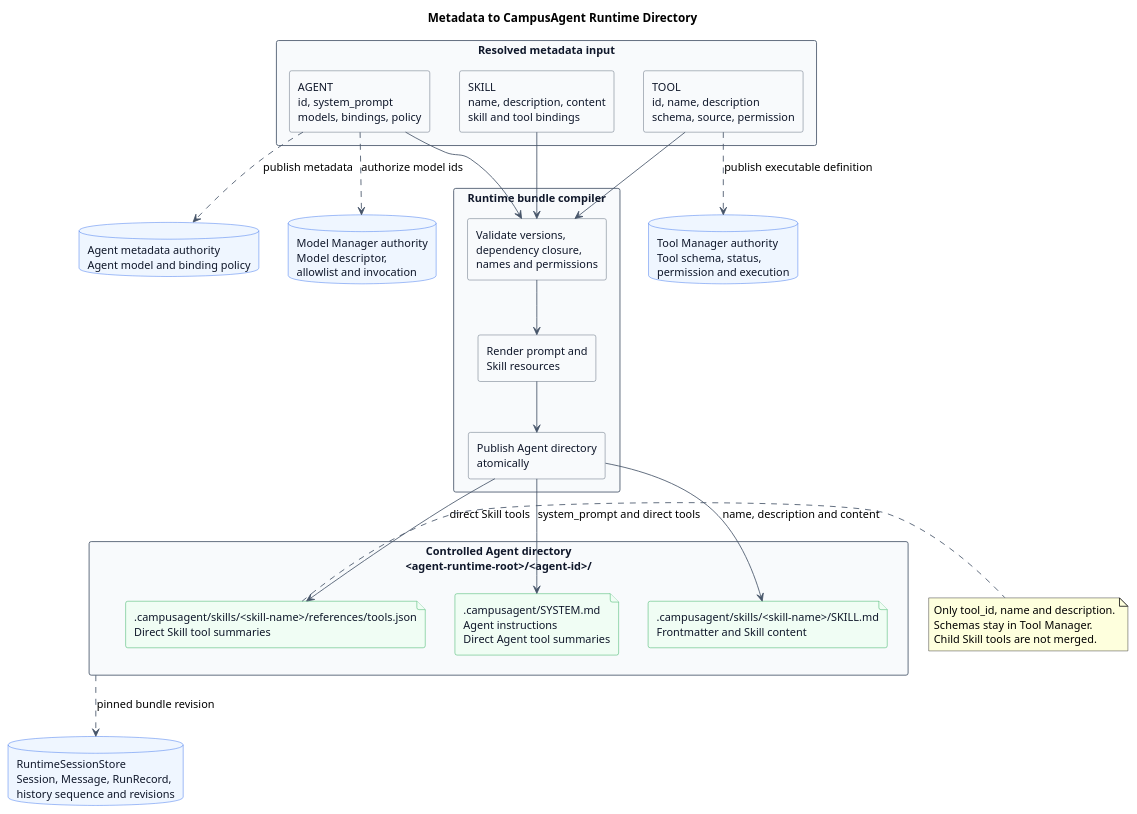
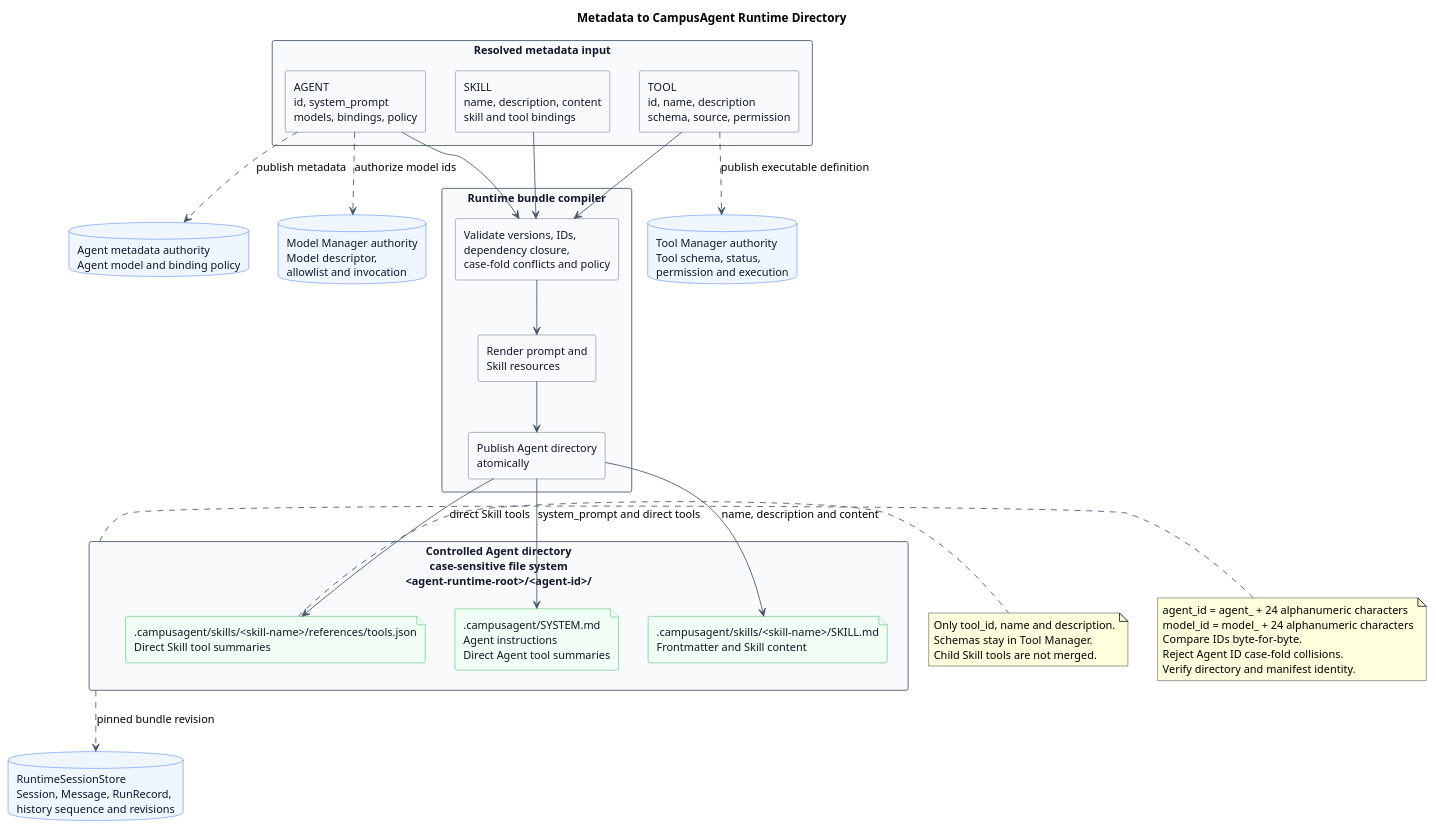
The first of 8 diagrams in pi-mono-java-manager-driven-multi-agent-runtime/diagram.puml (superheromeZzh/pi-mono-java-design), drawn with PlantUML before and after one commit. The commit also changed 17 other files, not shown here.

Commit message:
docs(agent): standardize resource ID contracts

```diff
--- a/pi-mono-java-manager-driven-multi-agent-runtime/diagram.puml
+++ b/pi-mono-java-manager-driven-multi-agent-runtime/diagram.puml
@@ -1,77 +1,87 @@
 @startuml metadata_runtime_directory_mapping
 title Metadata to CampusAgent Runtime Directory
 
 ' Source evidence:
 ' pi-mono packages/coding-agent/src/core/skills.ts: Skill, loadSkillFromFile, formatSkillsForPrompt
 ' pi-mono-java modules/coding-agent-cli/src/main/java/com/campusclaw/codingagent/context/ContextFileLoader.java: loadSystemPrompt
 ' pi-mono-java modules/coding-agent-cli/src/main/java/com/campusclaw/codingagent/session/AgentSession.java: loadSkills
 ' Observed behavior: pi and pi-mono-java discover Skill metadata from SKILL.md frontmatter.
 ' Java divergence: the target compiler materializes only one controlled Agent directory.
 ' Target design: the Managed loader reads .campusagent only; legacy code keeps .campusclaw.
 ' Target design: RuntimeSessionStore persists Session state in a shared database.
+' Target design: Agent and Model IDs use resource prefixes plus 24 alphanumeric characters.
+' Design reason: raw case-sensitive Agent IDs require a case-sensitive root and collision guard.
 ' Design reason: keep Agent-specific disclosure local while Managers remain runtime authorities.
 
 skinparam backgroundColor #FFFFFF
 skinparam shadowing false
 skinparam defaultFontName Arial
 skinparam defaultFontSize 13
 skinparam rectangle {
   BackgroundColor #F8FAFC
   BorderColor #475569
   FontColor #0F172A
 }
 skinparam database {
   BackgroundColor #EFF6FF
   BorderColor #2563EB
   FontColor #0F172A
 }
 skinparam file {
   BackgroundColor #F0FDF4
   BorderColor #16A34A
   FontColor #0F172A
 }
 skinparam ArrowColor #475569
 
 rectangle "Resolved metadata input" as Input {
   rectangle "AGENT\nid, system_prompt\nmodels, bindings, policy" as AgentMetadata
   rectangle "SKILL\nname, description, content\nskill and tool bindings" as SkillMetadata
   rectangle "TOOL\nid, name, description\nschema, source, permission" as ToolMetadata
 }
 
 rectangle "Runtime bundle compiler" as Compiler {
-  rectangle "Validate versions,\ndependency closure,\nnames and permissions" as Validate
+  rectangle "Validate versions, IDs,\ndependency closure,\ncase-fold conflicts and policy" as Validate
   rectangle "Render prompt and\nSkill resources" as Render
   rectangle "Publish Agent directory\natomically" as Publish
 }
 
-rectangle "Controlled Agent directory\n<agent-runtime-root>/<agent-id>/" as AgentDirectory {
+rectangle "Controlled Agent directory\ncase-sensitive file system\n<agent-runtime-root>/<agent-id>/" as AgentDirectory {
   file ".campusagent/SYSTEM.md\nAgent instructions\nDirect Agent tool summaries" as SystemFile
   file ".campusagent/skills/<skill-name>/SKILL.md\nFrontmatter and Skill content" as SkillFile
   file ".campusagent/skills/<skill-name>/references/tools.json\nDirect Skill tool summaries" as SkillToolsFile
 }
 
 database "Agent metadata authority\nAgent model and binding policy" as AgentAuthority
 database "Tool Manager authority\nTool schema, status,\npermission and execution" as ToolManager
 database "Model Manager authority\nModel descriptor,\nallowlist and invocation" as ModelManager
 database "RuntimeSessionStore\nSession, Message, RunRecord,\nhistory sequence and revisions" as SessionStore
 
 AgentMetadata --> Validate
 SkillMetadata --> Validate
 ToolMetadata --> Validate
 Validate --> Render
 Render --> Publish
 Publish --> SystemFile : system_prompt and direct tools
 Publish --> SkillFile : name, description and content
 Publish --> SkillToolsFile : direct Skill tools
 
 AgentMetadata ..> AgentAuthority : publish metadata
 ToolMetadata ..> ToolManager : publish executable definition
 AgentMetadata ..> ModelManager : authorize model ids
 AgentDirectory ..> SessionStore : pinned bundle revision
 
 note right of SkillToolsFile
 Only tool_id, name and description.
 Schemas stay in Tool Manager.
 Child Skill tools are not merged.
 end note
+
+note left of AgentDirectory
+agent_id = agent_ + 24 alphanumeric characters
+model_id = model_ + 24 alphanumeric characters
+Compare IDs byte-for-byte.
+Reject Agent ID case-fold collisions.
+Verify directory and manifest identity.
+end note
 @enduml
```
